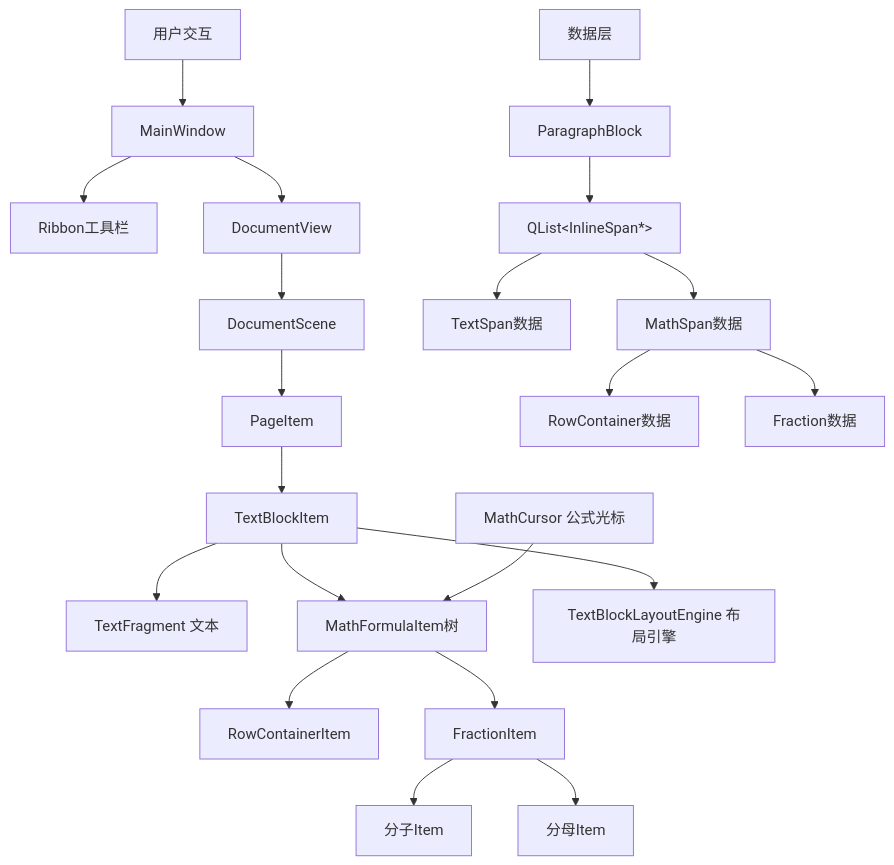
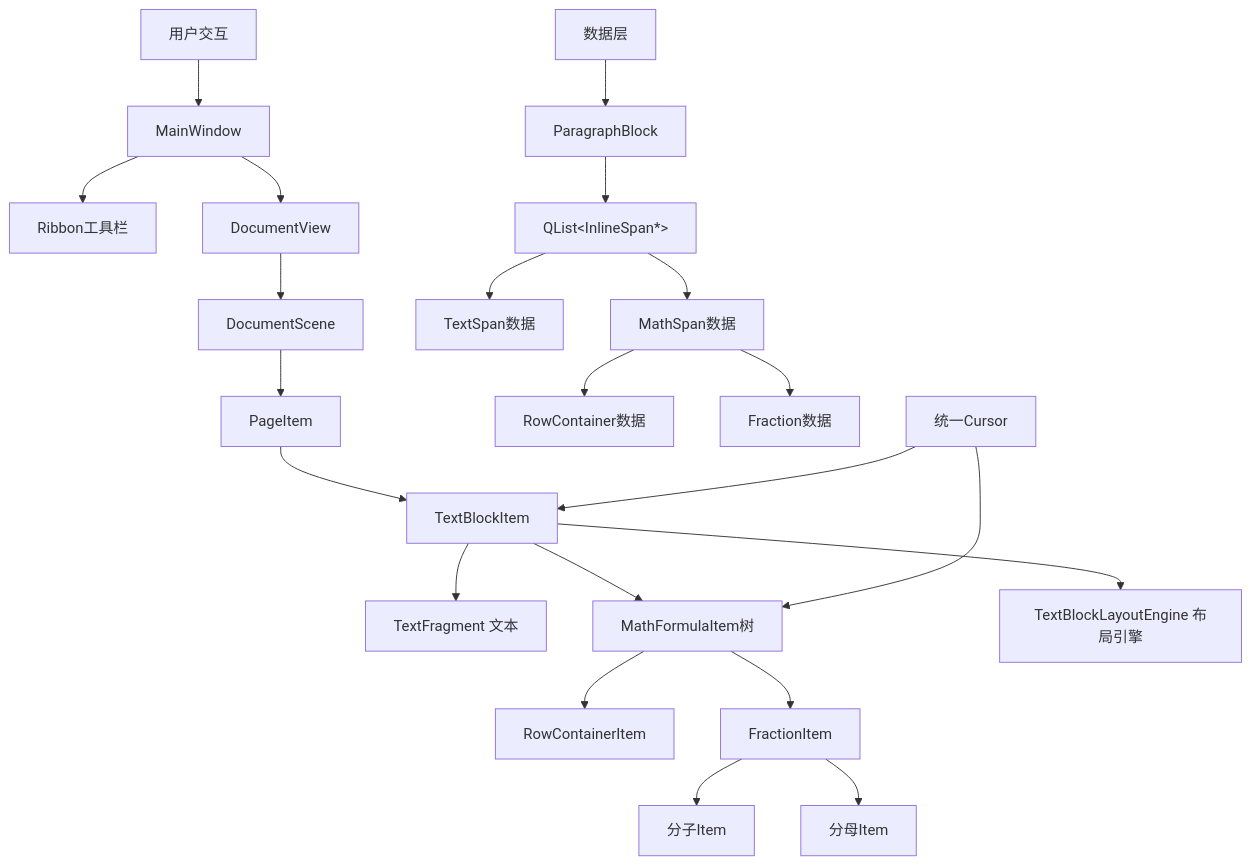
One commit to yuyang0760/QtWordEditor changed the diagram in u文档/数学公式编辑器完整设计文档_最终方案.md. Above: the diagram before and after it, drawn with Mermaid. The commit also changed other lines of this file and 1 other file, not shown here.

````diff
--- a/u文档/数学公式编辑器完整设计文档_最终方案.md
+++ b/u文档/数学公式编辑器完整设计文档_最终方案.md
@@ -63,29 +65,30 @@
 ```mermaid
 graph TD
     User[用户交互] --> MainWindow[MainWindow]
     MainWindow --> Ribbon[Ribbon工具栏]
     MainWindow --> DocumentView[DocumentView]
     DocumentView --> DocumentScene[DocumentScene]
     
     DocumentScene --> PageItem[PageItem]
     PageItem --> TextBlockItem[TextBlockItem]
     
     TextBlockItem --> TextFragment[TextFragment 文本]
     TextBlockItem --> MathFormulaItem[MathFormulaItem 公式]
     TextBlockItem --> LayoutEngine[TextBlockLayoutEngine 布局引擎]
     
     MathFormulaItem --> RowItem[RowContainerItem]
     MathFormulaItem --> FractionItem[FractionItem]
     FractionItem --> Numerator[分子Item]
     FractionItem --> Denominator[分母Item]
     
     DataLayer[数据层]
     DataLayer --> ParagraphBlock[ParagraphBlock]
     ParagraphBlock --> InlineSpanList[QList&lt;InlineSpan*&gt;]
     InlineSpanList --> TextSpan[TextSpan数据]
     InlineSpanList --> MathSpan[MathSpan数据]
     MathSpan --> RowData[RowContainer数据]
     MathSpan --> FractionData[Fraction数据]
     
-    MathCursor[MathCursor 公式光标] --> MathFormulaItem[MathFormulaItem树]
+    UnifiedCursor[统一Cursor] --> TextBlockItem[TextBlockItem]
+    UnifiedCursor[统一Cursor] --> MathFormulaItem[MathFormulaItem树]
 ```
````
